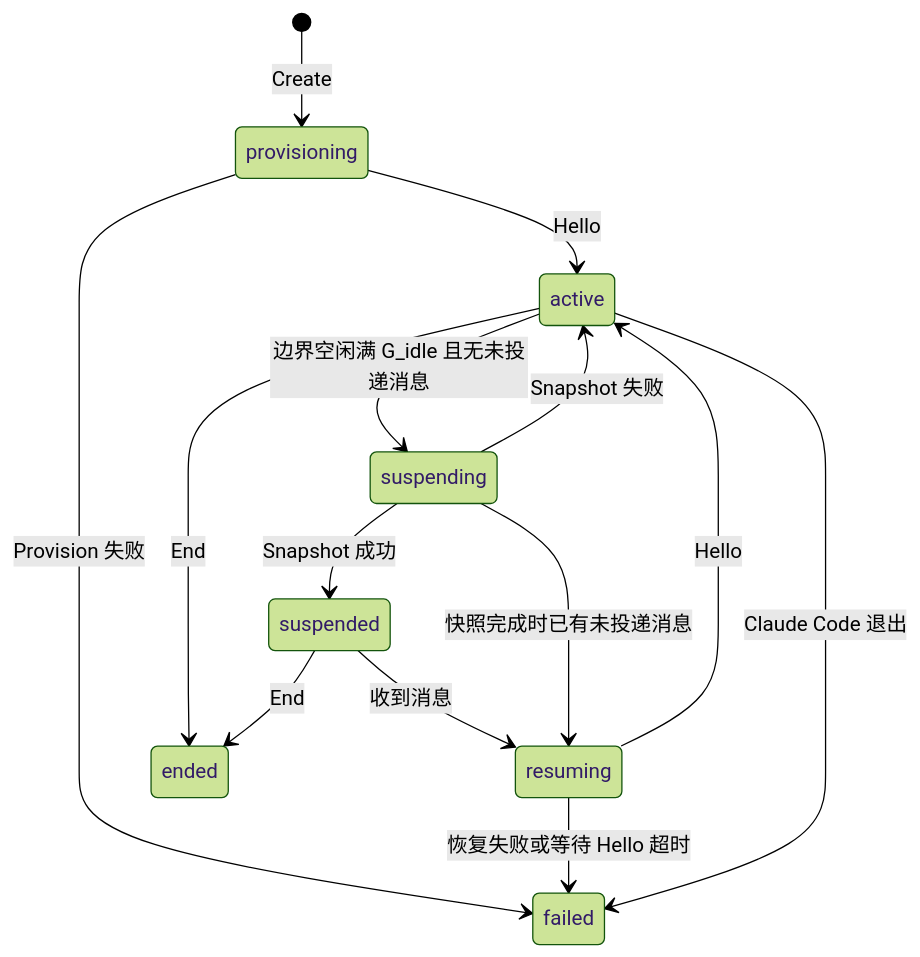
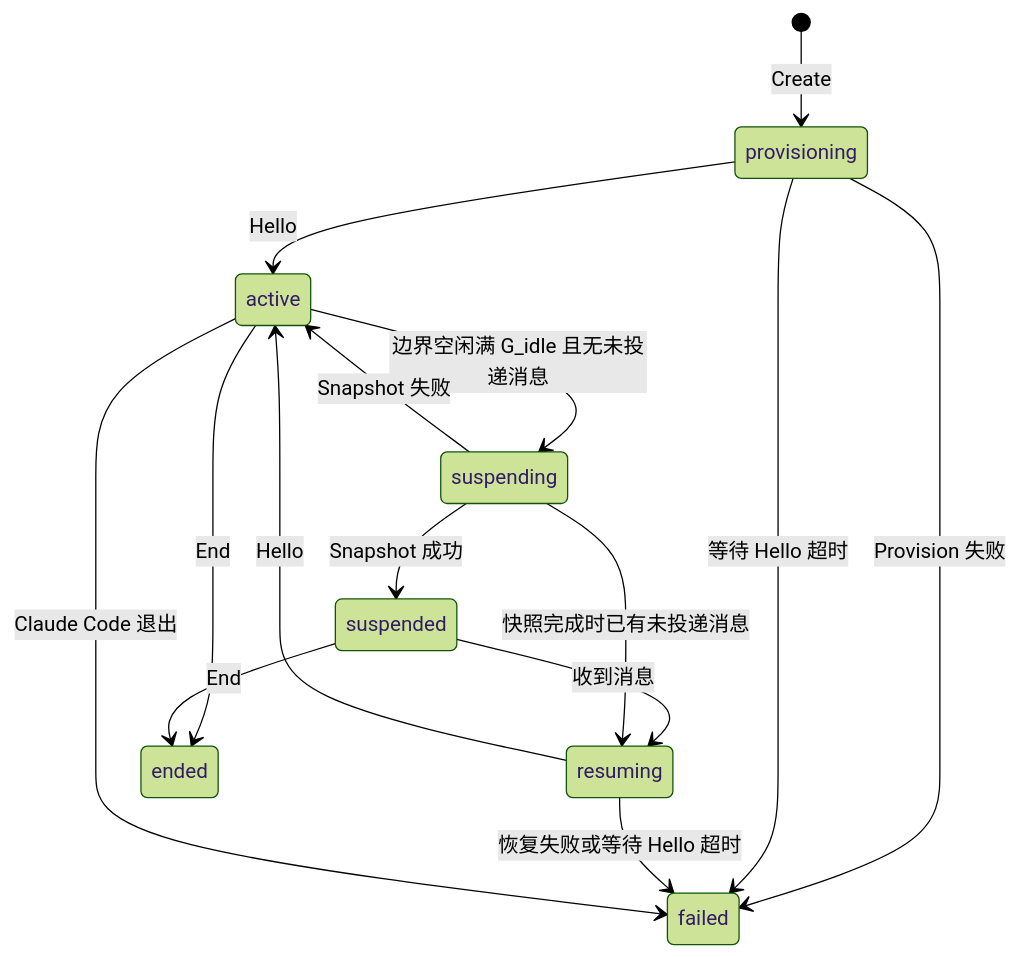
Before and after one commit to wangzw/castworks: the diagram in docs/milestone/v0.1.0/runcontroller.md, drawn with Mermaid (forest theme). The commit also changed other lines of this file, not shown here.

First line of the commit message:
fix(milestone): apply the T_hello timeout to provisioning

````diff
--- a/docs/milestone/v0.1.0/runcontroller.md
+++ b/docs/milestone/v0.1.0/runcontroller.md
@@ -54,16 +54,17 @@
 ```mermaid
 stateDiagram-v2
     [*] --> provisioning: Create
     provisioning --> active: Hello
     active --> suspending: 边界空闲满 G_idle 且无未投递消息
     suspending --> suspended: Snapshot 成功
     suspending --> active: Snapshot 失败
     suspended --> resuming: 收到消息
     suspending --> resuming: 快照完成时已有未投递消息
     resuming --> active: Hello
     active --> ended: End
     suspended --> ended: End
     provisioning --> failed: Provision 失败
+    provisioning --> failed: 等待 Hello 超时
     resuming --> failed: 恢复失败或等待 Hello 超时
     active --> failed: Claude Code 退出
 ```
````
